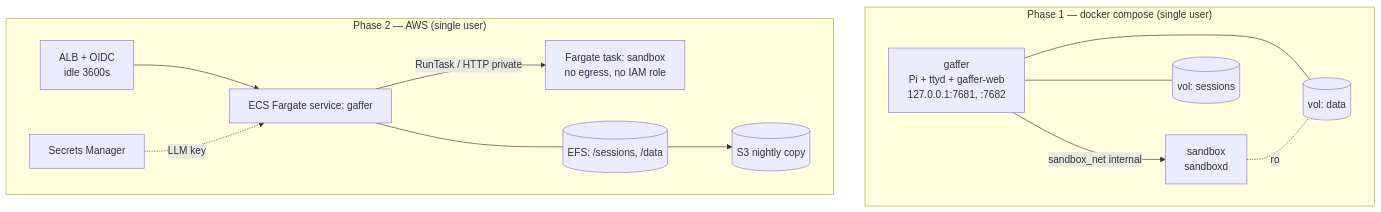
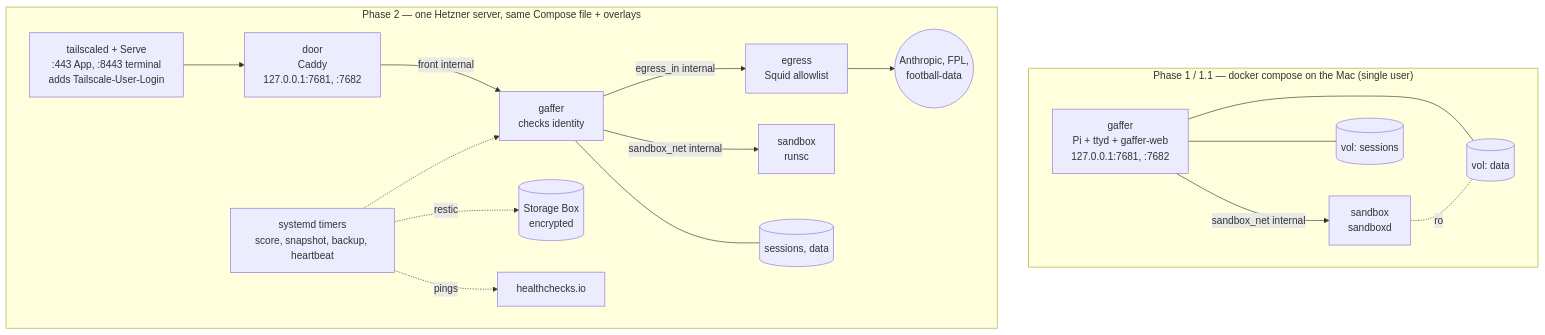
The second of 3 diagrams in docs/ARCHITECTURE.md (chrisxrobinson/gaffer), drawn with Mermaid before and after one commit. The commit also changed other lines of this file and 3 other files, not shown here.

First line of the commit message:
Phase 2 plan: ROADMAP, REQUIREMENTS, ARCHITECTURE and REPO_LAYOUT

````diff
--- a/docs/ARCHITECTURE.md
+++ b/docs/ARCHITECTURE.md
@@ -453,17 +453,21 @@
 ```mermaid
 flowchart TB
-  subgraph Local["Phase 1 — docker compose (single user)"]
+  subgraph Local["Phase 1 / 1.1 — docker compose on the Mac (single user)"]
     direction LR
     g1[gaffer<br/>Pi + ttyd + gaffer-web<br/>127.0.0.1:7681, :7682] -- sandbox_net internal --> s1[sandbox<br/>sandboxd]
     g1 --- v1[(vol: sessions)]
     g1 --- v2[(vol: data)]
     s1 -. ro .- v2
   end
-  subgraph AWS["Phase 2 — AWS (single user)"]
+  subgraph Host["Phase 2 — one Hetzner server, same Compose file + overlays"]
     direction LR
-    alb[ALB + OIDC<br/>idle 3600s] --> svc[ECS Fargate service: gaffer]
-    svc -- RunTask / HTTP private --> tsk[Fargate task: sandbox<br/>no egress, no IAM role]
-    svc --- efs[(EFS: /sessions, /data)] --> s3[(S3 nightly copy)]
-    sm[Secrets Manager] -. LLM key .-> svc
+    ts[tailscaled + Serve<br/>:443 App, :8443 terminal<br/>adds Tailscale-User-Login] --> door[door<br/>Caddy<br/>127.0.0.1:7681, :7682]
+    door -- front internal --> g2[gaffer<br/>checks identity]
+    g2 -- egress_in internal --> eg[egress<br/>Squid allowlist] --> net((Anthropic, FPL,<br/>football-data))
+    g2 -- sandbox_net internal --> s2[sandbox<br/>runsc]
+    g2 --- v3[(sessions, data)]
+    tm[systemd timers<br/>score, snapshot, backup, heartbeat] -.-> g2
+    tm -. restic .-> sb[(Storage Box<br/>encrypted)]
+    tm -. pings .-> hc[healthchecks.io]
   end
 ```
````
